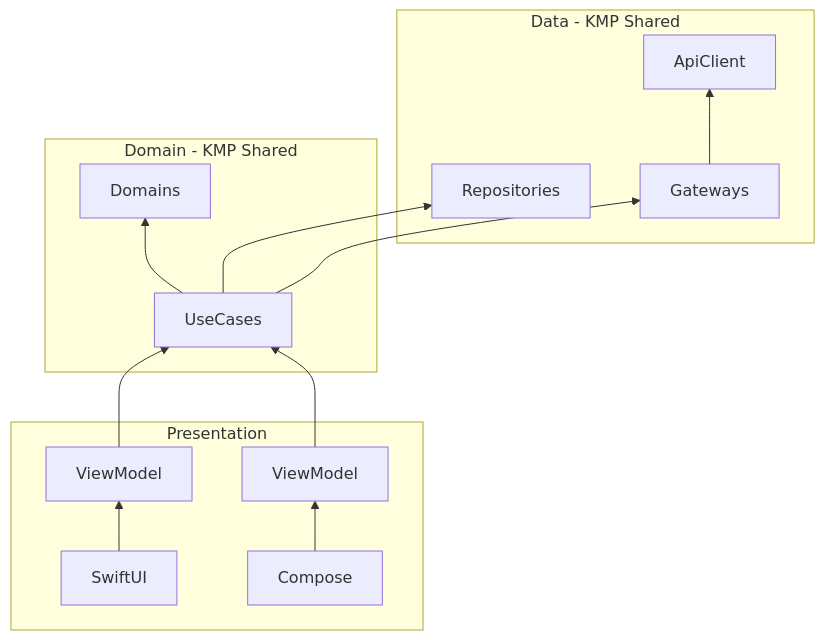
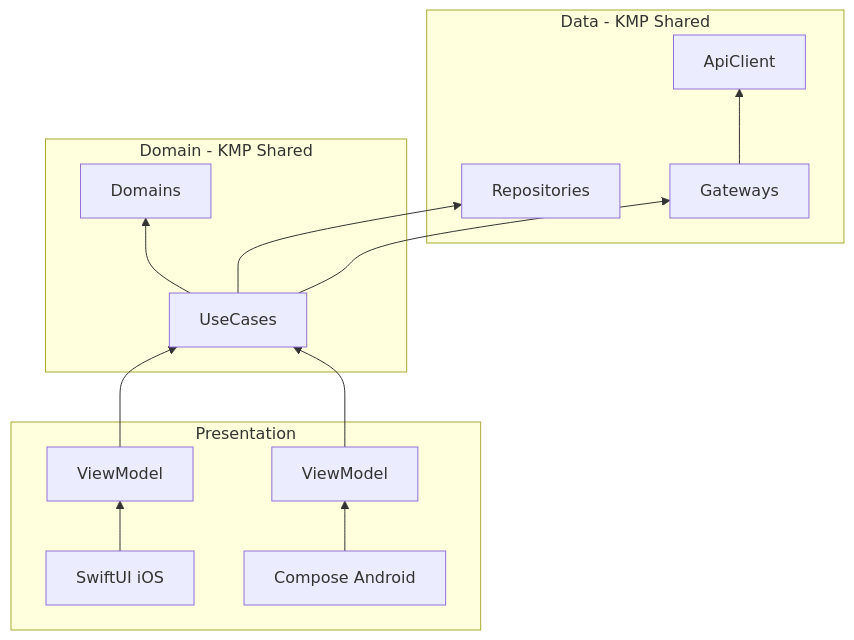
One commit to YugoMatsuda/Memories changed the first of 2 diagrams in README.md. Above: the diagram before and after it, drawn with Mermaid. The commit also changed other lines of this file, not shown here.

````diff
--- a/README.md
+++ b/README.md
@@ -48,25 +48,25 @@
 ```mermaid
 graph BT
     subgraph Data - KMP Shared
         E[Repositories]
         F[Gateways]
         G[ApiClient]
     end
 
     subgraph Domain - KMP Shared
         C[UseCases]
         D[Domains]
     end
 
     subgraph Presentation
-        A1[SwiftUI] --> B1[ViewModel]
-        A2[Compose] --> B2[ViewModel]
+        A1[SwiftUI iOS] --> B1[ViewModel]
+        A2[Compose Android] --> B2[ViewModel]
     end
 
     F --> G
     C --> E
     C --> F
     C --> D
     B1 --> C
     B2 --> C
 ```
````
